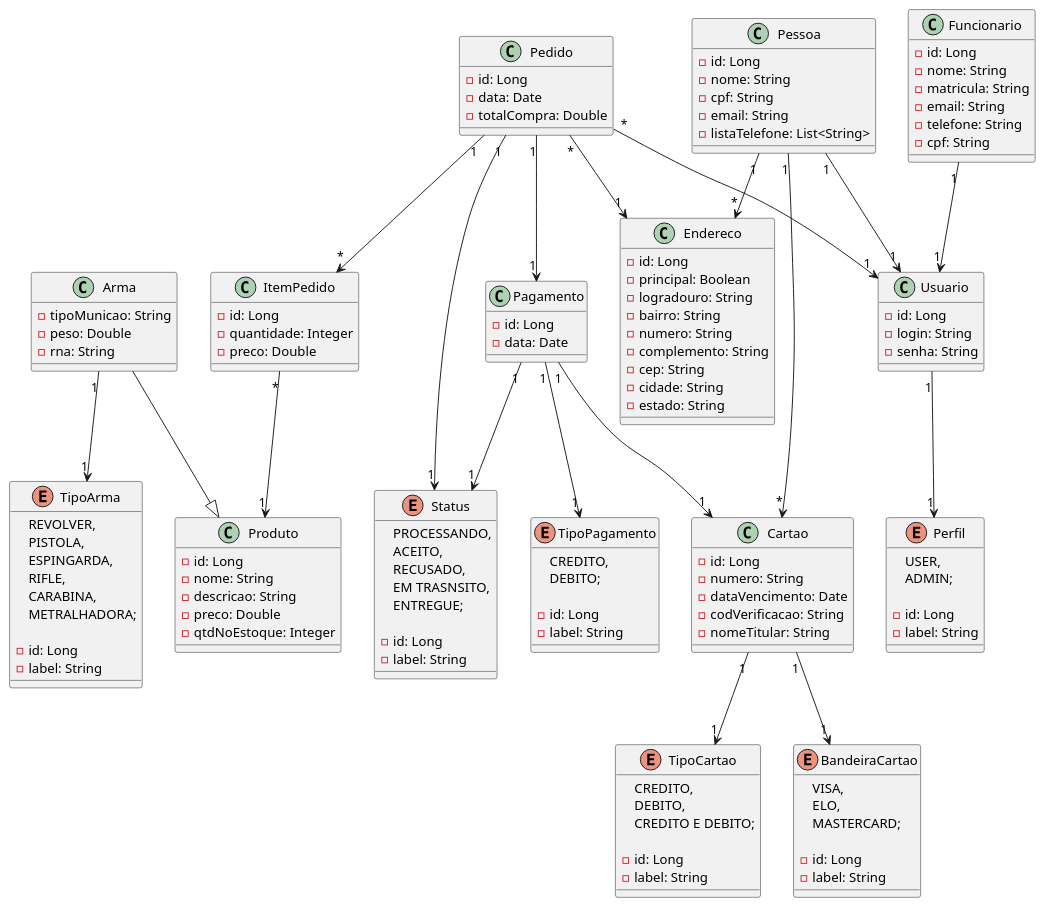
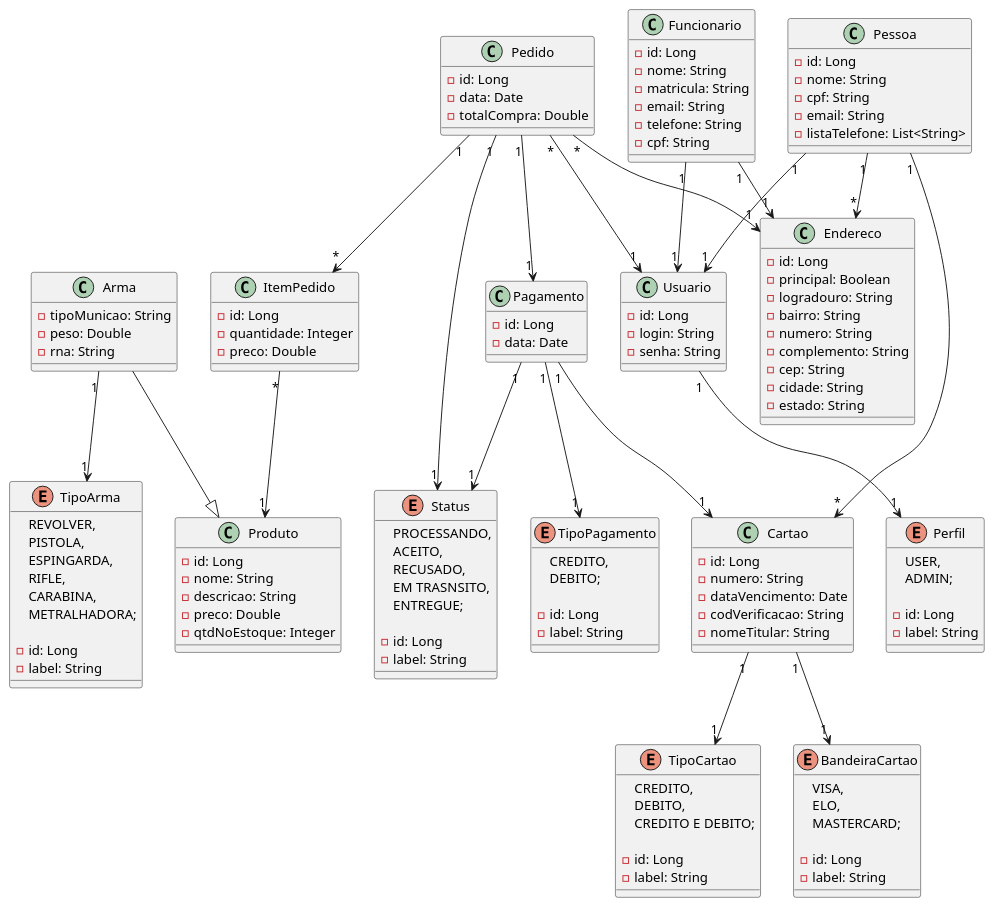
Before and after one commit to daniel-ferreira-da-costa/militropa: the diagram in src/main/java/unitins/tp1/docs/uml_militropa.plantuml, drawn with PlantUML. The commit also changed 11 other files, not shown here.

```diff
--- a/src/main/java/unitins/tp1/docs/uml_militropa.plantuml
+++ b/src/main/java/unitins/tp1/docs/uml_militropa.plantuml
@@ -1,160 +1,161 @@
 @startuml Tabacaria
 '========Produto========='
 class Produto{
     - id: Long
     - nome: String
     - descricao: String
     - preco: Double
     - qtdNoEstoque: Integer
 }
 
 class Arma{
     - tipoMunicao: String
     - peso: Double
     - rna: String
 }
 
 enum TipoArma{
     REVOLVER,
     PISTOLA,
     ESPINGARDA,
     RIFLE,
     CARABINA,
     METRALHADORA;
 
     - id: Long
     - label: String
 }
 
 '========Usuario========='
 class Usuario{
     - id: Long
     - login: String
     - senha: String
 }
 
 enum Perfil{
     USER, 
     ADMIN;
 
     - id: Long
     - label: String
 }
 
 class Funcionario{
     - id: Long
     - nome: String
     - matricula: String
     - email: String
     - telefone: String
     - cpf: String
 }
 
 class Pessoa{
     - id: Long
     - nome: String
     - cpf: String
     - email: String
     - listaTelefone: List<String>
 }
 '========Venda========='
 class Pedido {
     - id: Long
     - data: Date
     - totalCompra: Double
 }
 
 class ItemPedido {
     - id: Long
     - quantidade: Integer
     - preco: Double
 }
 
 enum Status{
     PROCESSANDO, 
     ACEITO,
     RECUSADO,
     EM TRASNSITO,
     ENTREGUE;
 
     - id: Long
     - label: String
 }
 '========Pagamento========='
 class Pagamento{
     - id: Long
     - data: Date
 }
 
 class Cartao{
     - id: Long
     - numero: String
     - dataVencimento: Date
     - codVerificacao: String
     - nomeTitular: String
 }
 
 enum TipoCartao{
     CREDITO, 
     DEBITO, 
     CREDITO E DEBITO;
 
     - id: Long
     - label: String 
 }
 
 enum TipoPagamento {
     CREDITO, 
     DEBITO;
 
     - id: Long
     - label: String 
 }
 
 enum BandeiraCartao {
     VISA,
     ELO,
     MASTERCARD;
 
     - id: Long
     - label: String 
 }
 '========Endereco========='
 class Endereco {
     - id: Long
     - principal: Boolean
     - logradouro: String
     - bairro: String
     - numero: String
     - complemento: String
     - cep: String
     - cidade: String
     - estado: String
 }
 
 '========Relacionamentos========='
 
 Pedido "1" --> "1" Pagamento
 Pedido "1" --> "*" ItemPedido
 Pedido "1" --> "1" Status
 Pedido "*" --> "1" Usuario
 Pedido "*" --> "1" Endereco
 
 Pagamento "1" --> "1" Status
 Pagamento "1" --> "1" Cartao
 Pagamento "1" --> "1" TipoPagamento
 
 Cartao "1" --> "1" TipoCartao
 Cartao "1" --> "1" BandeiraCartao
 
 ItemPedido "*" --> "1" Produto
 
 Usuario "1" --> "1" Perfil
 Pessoa "1" --> "1" Usuario
 Pessoa "1" --> "*" Endereco
 Pessoa "1" --> "*" Cartao
 Funcionario "1" --> "1" Usuario
+Funcionario "1" --> "1" Endereco
 
 Arma --|> Produto
 Arma "1" --> "1" TipoArma
 @enduml
```
